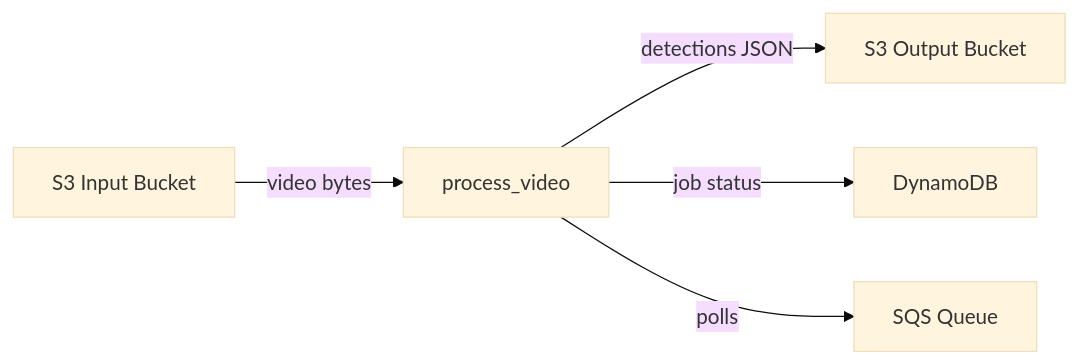
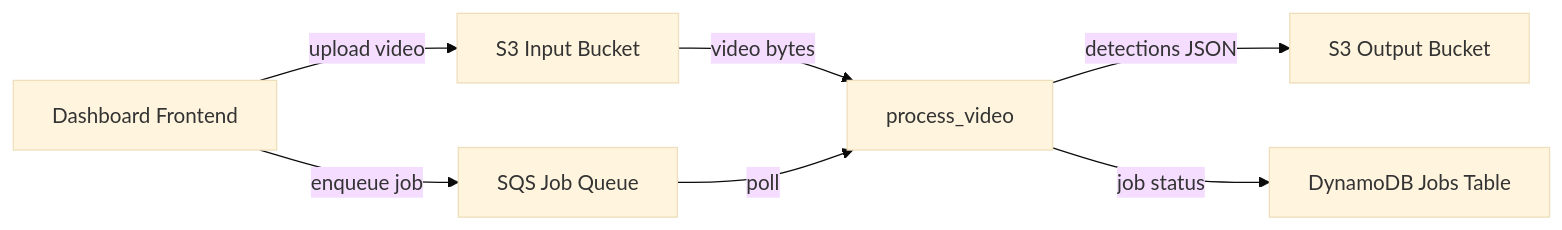
Before and after one commit to AdityaHegde712/ProjectCerberus: the diagram in CODEBASE.md, drawn with Mermaid (base theme). The commit also changed other lines of this file and 2 other files, not shown here.

````diff
--- a/CODEBASE.md
+++ b/CODEBASE.md
@@ -17,7 +17,9 @@
 ```mermaid
 graph LR
     Input[S3 Input Bucket] -->|video bytes| Worker[process_video]
     Worker -->|detections JSON| Output[S3 Output Bucket]
-    Worker -->|job status| DDB[DynamoDB]
-    Worker -->|polls| SQS[SQS Queue]
+    Worker -->|job status| DDB[DynamoDB Jobs Table]
+    Dashboard[Dashboard Frontend] -->|upload video| Input
+    Dashboard -->|enqueue job| SQS[SQS Job Queue]
+    SQS -->|poll| Worker
 ```
````
